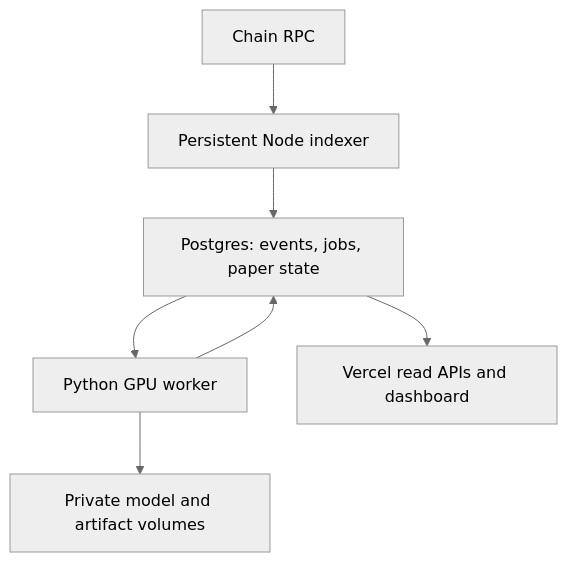
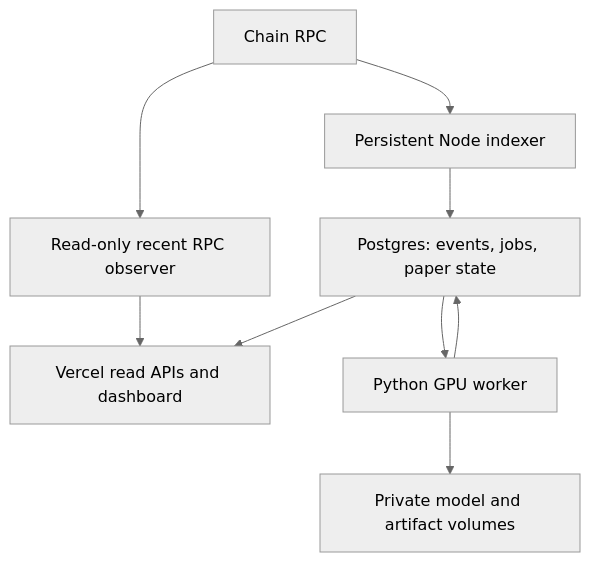
One commit to fourtyeightTech/metabrain changed the diagram in docs/ARCHITECTURE.md. Above: the diagram before and after it, drawn with Mermaid (neutral theme). The commit also changed other lines of this file and 52 other files, not shown here.

````diff
--- a/docs/ARCHITECTURE.md
+++ b/docs/ARCHITECTURE.md
@@ -5,9 +5,11 @@
 ```mermaid
 flowchart TD
   Chain["Chain RPC"] --> Indexer["Persistent Node indexer"]
+  Chain --> Observer["Read-only recent RPC observer"]
+  Observer --> Web
   Indexer --> DB["Postgres: events, jobs, paper state"]
   DB --> GPU["Python GPU worker"]
   GPU --> DB
   GPU --> Disk["Private model and artifact volumes"]
   DB --> Web["Vercel read APIs and dashboard"]
 ```
````
